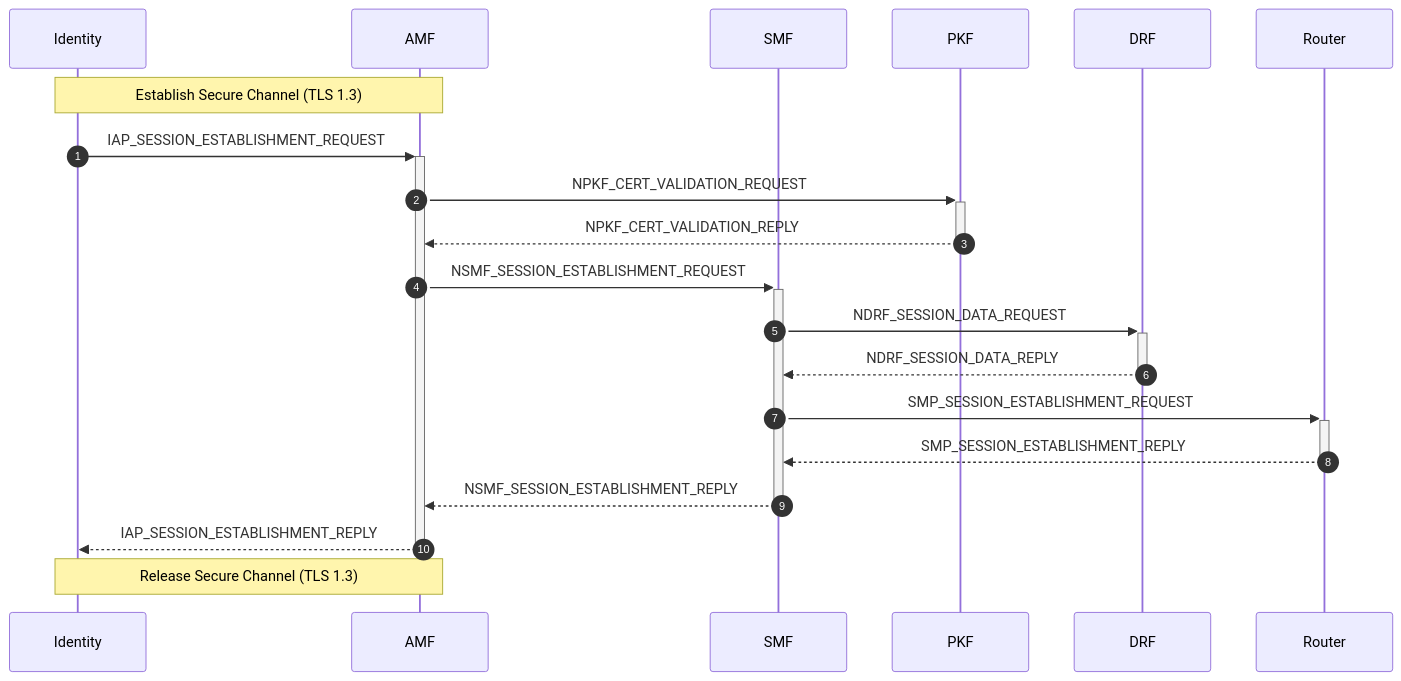
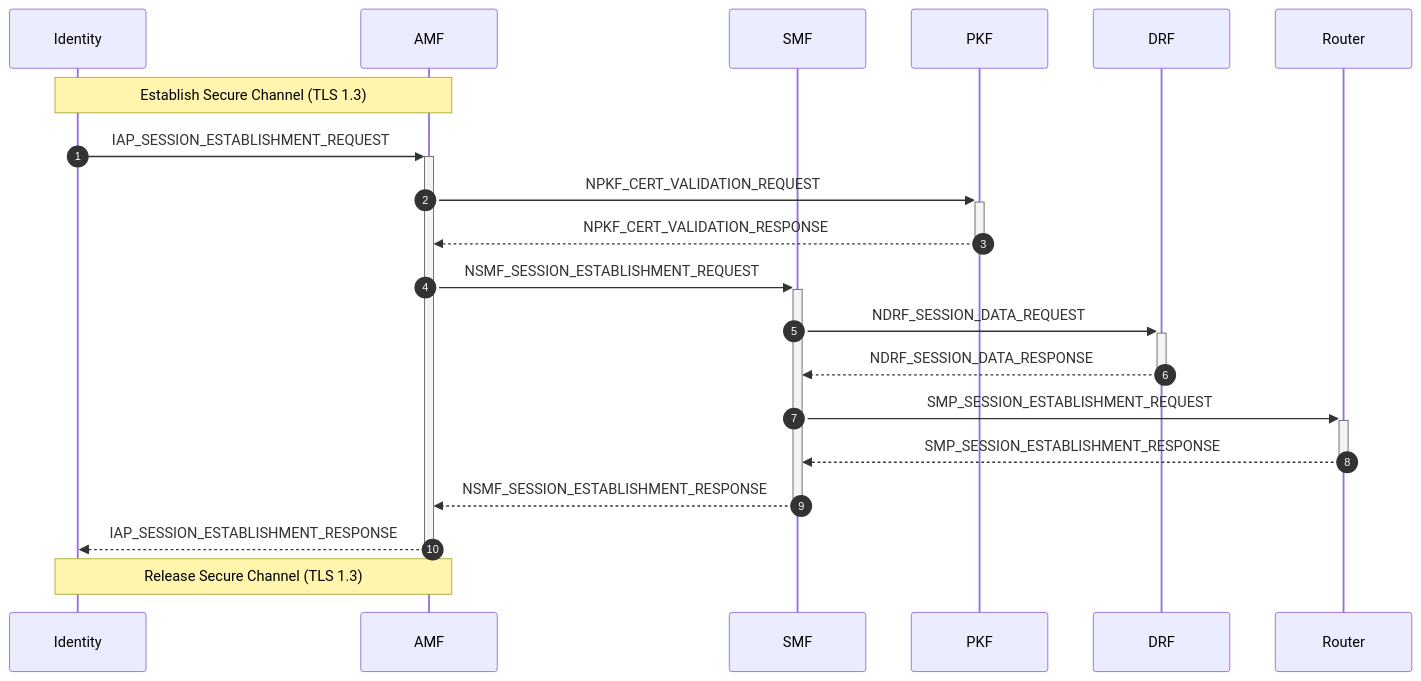
Diagram 11 of 21 in doc/doc-spec/00-series-general/00.002-procedure.md (veil-link/veilink), drawn with Mermaid before and after one commit. The commit also changed other lines of this file, not shown here.

Commit message:
chore: update reply to response

````diff
--- a/doc/doc-spec/00-series-general/00.002-procedure.md
+++ b/doc/doc-spec/00-series-general/00.002-procedure.md
@@ -250,24 +250,24 @@
 ```mermaid
 sequenceDiagram
     autonumber
 
     participant id as Identity
     participant amf as AMF
     participant smf as SMF
     participant pkf as PKF
     participant drf as DRF
     participant rt as Router
 
     Note over id, amf: Establish Secure Channel (TLS 1.3)
     id ->>+ amf: IAP_SESSION_ESTABLISHMENT_REQUEST
     amf ->>+ pkf: NPKF_CERT_VALIDATION_REQUEST
-    pkf -->>- amf: NPKF_CERT_VALIDATION_REPLY
+    pkf -->>- amf: NPKF_CERT_VALIDATION_RESPONSE
     amf ->>+ smf: NSMF_SESSION_ESTABLISHMENT_REQUEST
     smf ->>+ drf: NDRF_SESSION_DATA_REQUEST
-    drf -->>- smf: NDRF_SESSION_DATA_REPLY
+    drf -->>- smf: NDRF_SESSION_DATA_RESPONSE
     smf ->>+ rt: SMP_SESSION_ESTABLISHMENT_REQUEST
-    rt -->>- smf: SMP_SESSION_ESTABLISHMENT_REPLY
-    smf -->>- amf: NSMF_SESSION_ESTABLISHMENT_REPLY
-    amf -->>- id: IAP_SESSION_ESTABLISHMENT_REPLY
+    rt -->>- smf: SMP_SESSION_ESTABLISHMENT_RESPONSE
+    smf -->>- amf: NSMF_SESSION_ESTABLISHMENT_RESPONSE
+    amf -->>- id: IAP_SESSION_ESTABLISHMENT_RESPONSE
     Note over id, amf: Release Secure Channel (TLS 1.3)
 ```
````
